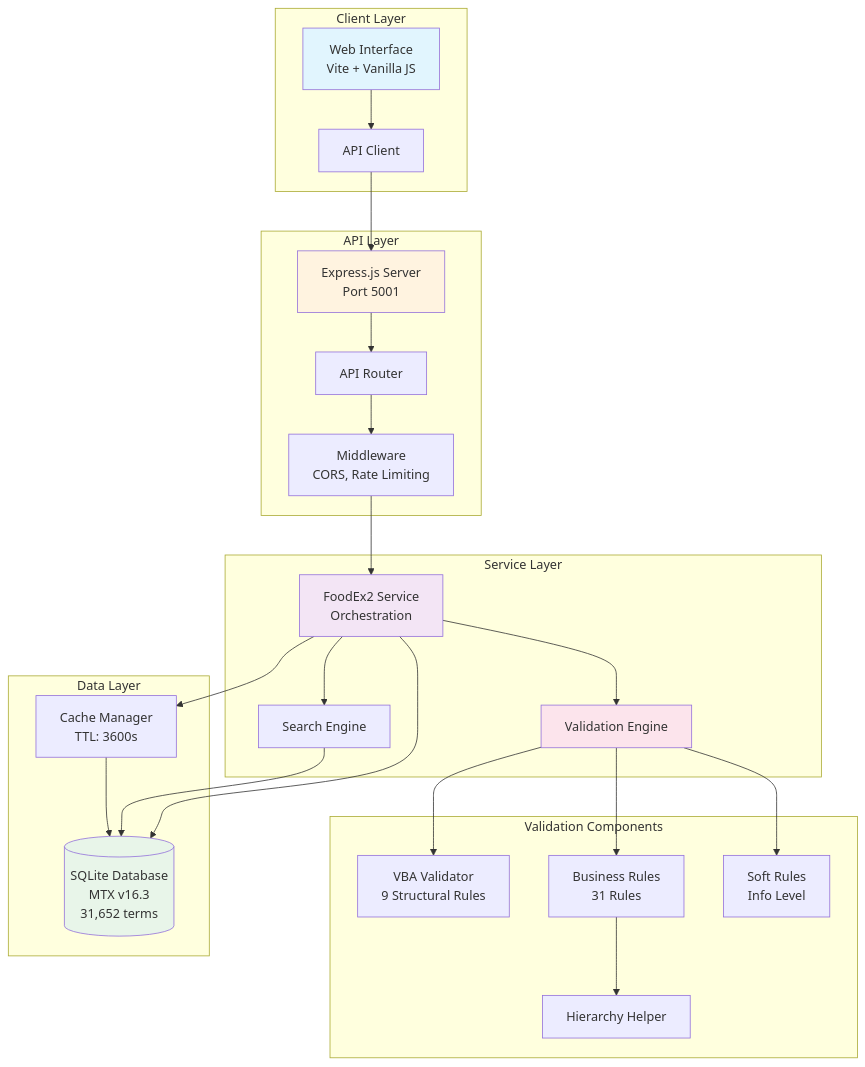
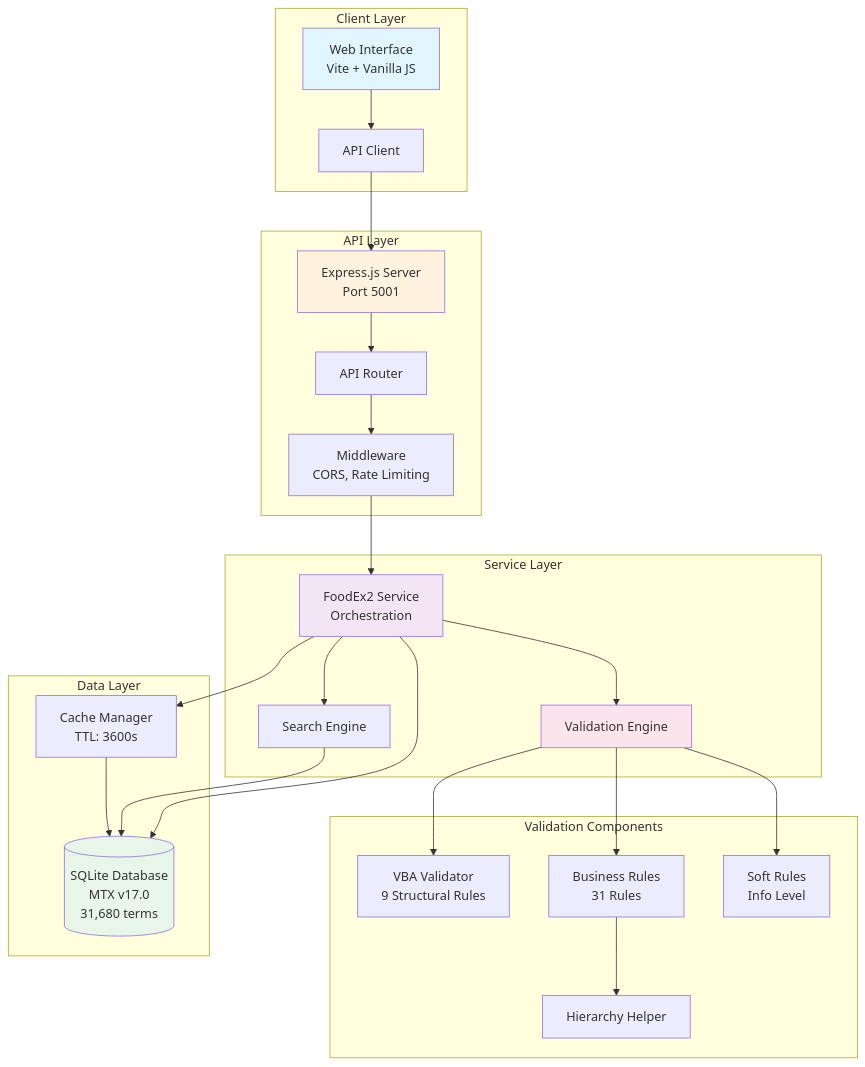
One commit to Chili36/automatic-couscous changed the first of 11 diagrams in DOCUMENTATION.md. Above: the diagram before and after it, drawn with Mermaid. The commit also changed other lines of this file and 9 other files, not shown here.

````diff
--- a/DOCUMENTATION.md
+++ b/DOCUMENTATION.md
@@ -20,56 +20,56 @@
 ```mermaid
 graph TB
     subgraph "Client Layer"
         UI[Web Interface<br/>Vite + Vanilla JS]
         API_Client[API Client]
     end
     
     subgraph "API Layer"
         Express[Express.js Server<br/>Port 5001]
         Router[API Router]
         Middleware[Middleware<br/>CORS, Rate Limiting]
     end
     
     subgraph "Service Layer"
         FoodEx2Service[FoodEx2 Service<br/>Orchestration]
         Validator[Validation Engine]
         SearchEngine[Search Engine]
     end
     
     subgraph "Validation Components"
         VBA[VBA Validator<br/>9 Structural Rules]
         BR[Business Rules<br/>31 Rules]
         SR[Soft Rules<br/>Info Level]
         HH[Hierarchy Helper]
     end
     
     subgraph "Data Layer"
-        DB[(SQLite Database<br/>MTX v16.3<br/>31,652 terms)]
+        DB[(SQLite Database<br/>MTX v17.0<br/>31,680 terms)]
         Cache[Cache Manager<br/>TTL: 3600s]
     end
     
     UI --> API_Client
     API_Client --> Express
     Express --> Router
     Router --> Middleware
     Middleware --> FoodEx2Service
     
     FoodEx2Service --> Validator
     FoodEx2Service --> SearchEngine
     FoodEx2Service --> Cache
     
     Validator --> VBA
     Validator --> BR
     Validator --> SR
     BR --> HH
     
     FoodEx2Service --> DB
     SearchEngine --> DB
     Cache --> DB
     
     style UI fill:#e1f5fe
     style Express fill:#fff3e0
     style FoodEx2Service fill:#f3e5f5
     style DB fill:#e8f5e9
     style Validator fill:#fce4ec
 ```
````
